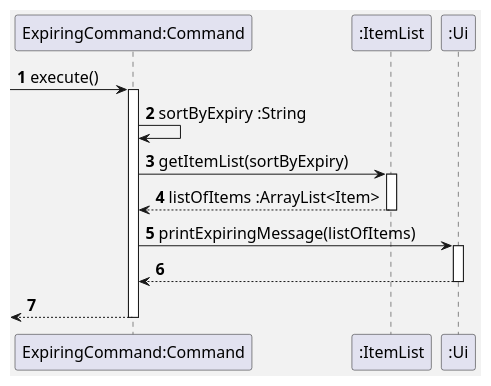
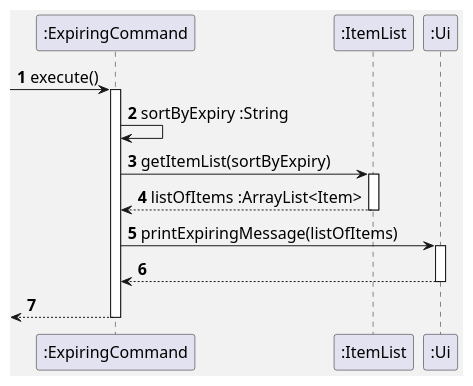
The diagram in docs/pumlFiles/ExpiringSequence.puml (uosjapuelks/tp), drawn with PlantUML before and after one commit. The commit also changed 2 other files, not shown here.

Commit message:
Changed format for sequence diagrams

```diff
--- a/docs/pumlFiles/ExpiringSequence.puml
+++ b/docs/pumlFiles/ExpiringSequence.puml
@@ -1,25 +1,25 @@
 @startuml
 'https://plantuml.com/class-diagram
 
 skinparam backgroundColor #f2f2f2
 skinparam defaultFontSize 16
 
 autonumber
 
--> "ExpiringCommand:Command": execute()
-activate "ExpiringCommand:Command"
+-> ":ExpiringCommand": execute()
+activate ":ExpiringCommand"
 
-"ExpiringCommand:Command" -> "ExpiringCommand:Command" : sortByExpiry :String
-"ExpiringCommand:Command" -> ":ItemList": getItemList(sortByExpiry)
+":ExpiringCommand" -> ":ExpiringCommand" : sortByExpiry :String
+":ExpiringCommand" -> ":ItemList": getItemList(sortByExpiry)
 activate ":ItemList"
-"ExpiringCommand:Command" <--":ItemList": listOfItems :ArrayList<Item>
+":ExpiringCommand" <--":ItemList": listOfItems :ArrayList<Item>
 deactivate ":ItemList"
-"ExpiringCommand:Command" -> ":Ui": printExpiringMessage(listOfItems)
+":ExpiringCommand" -> ":Ui": printExpiringMessage(listOfItems)
 activate ":Ui"
-"ExpiringCommand:Command" <-- ":Ui"
+":ExpiringCommand" <-- ":Ui"
 deactivate ":Ui"
 
-<-- "ExpiringCommand:Command"
-deactivate "ExpiringCommand:Command"
+<-- ":ExpiringCommand"
+deactivate ":ExpiringCommand"
 
 @enduml
```
